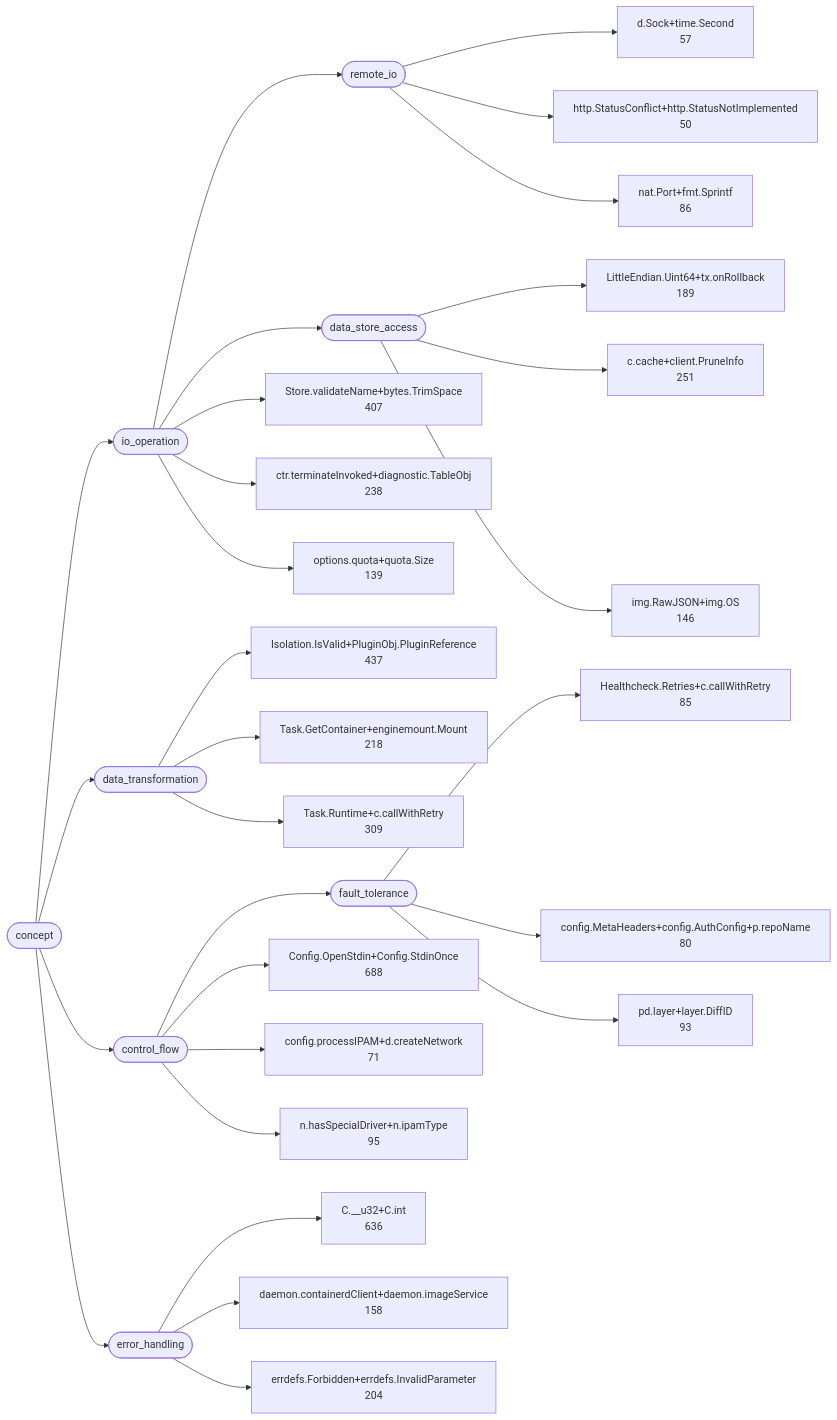
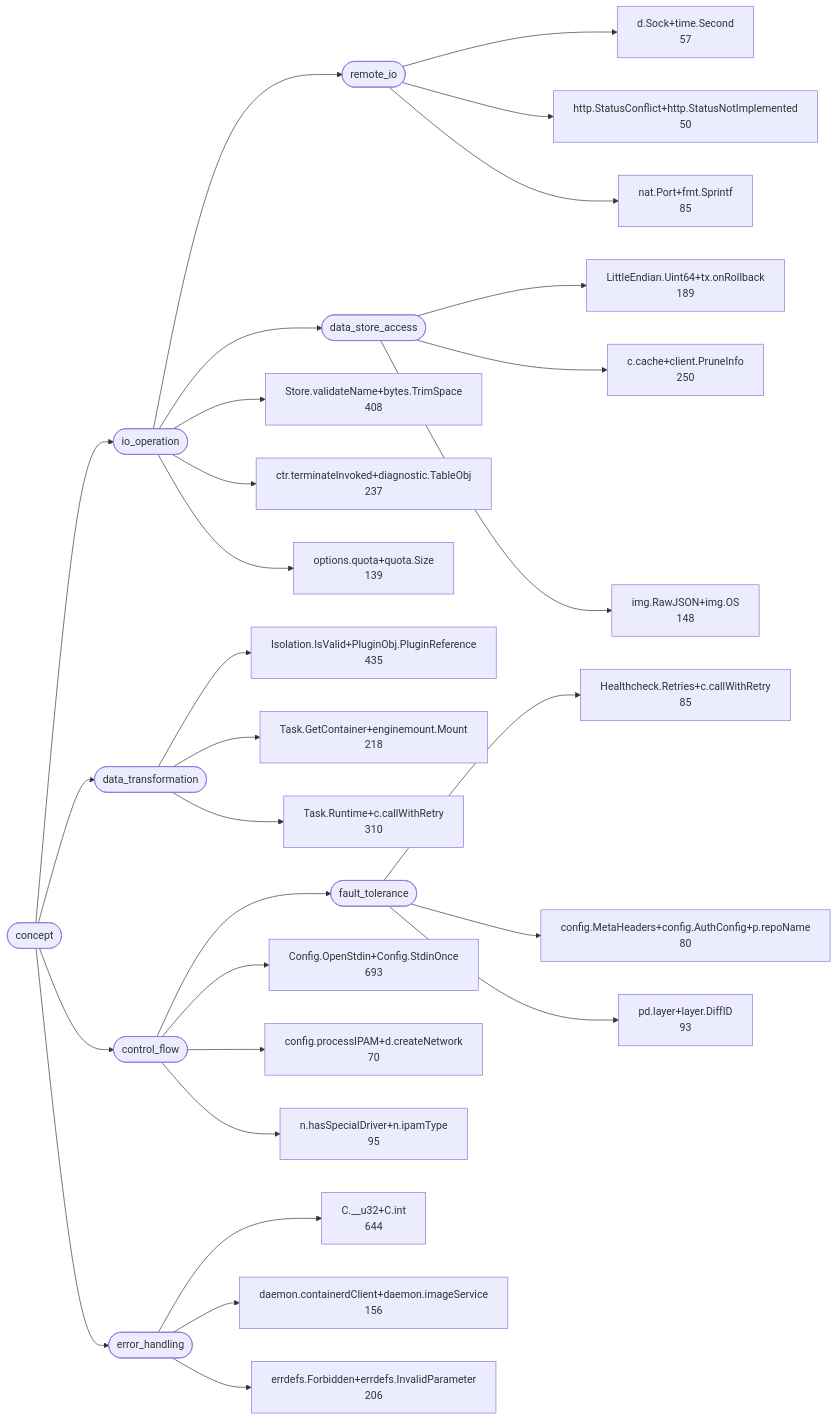
The second of 5 diagrams in examples/moby.md (LukasSelin/doppel), drawn with Mermaid before and after one commit. The commit also changed other lines of this file and 7 other files, not shown here.

````diff
--- a/examples/moby.md
+++ b/examples/moby.md
@@ -113,60 +113,60 @@
 ```mermaid
 flowchart LR
     c0(["concept"])
     c1(["io_operation"])
     c2(["remote_io"])
     c3(["data_store_access"])
     c4(["data_transformation"])
     c5(["control_flow"])
     c6(["fault_tolerance"])
     c7(["error_handling"])
-    c8["C.__u32+C.int<br/>636"]
-    c9["Config.OpenStdin+Config.StdinOnce<br/>688"]
+    c8["C.__u32+C.int<br/>644"]
+    c9["Config.OpenStdin+Config.StdinOnce<br/>693"]
     c10["Healthcheck.Retries+c.callWithRetry<br/>85"]
-    c11["Isolation.IsValid+PluginObj.PluginReference<br/>437"]
+    c11["Isolation.IsValid+PluginObj.PluginReference<br/>435"]
     c12["LittleEndian.Uint64+tx.onRollback<br/>189"]
-    c13["Store.validateName+bytes.TrimSpace<br/>407"]
+    c13["Store.validateName+bytes.TrimSpace<br/>408"]
     c14["Task.GetContainer+enginemount.Mount<br/>218"]
-    c15["Task.Runtime+c.callWithRetry<br/>309"]
-    c16["c.cache+client.PruneInfo<br/>251"]
+    c15["Task.Runtime+c.callWithRetry<br/>310"]
+    c16["c.cache+client.PruneInfo<br/>250"]
     c17["config.MetaHeaders+config.AuthConfig+p.repoName<br/>80"]
-    c18["config.processIPAM+d.createNetwork<br/>71"]
-    c19["ctr.terminateInvoked+diagnostic.TableObj<br/>238"]
+    c18["config.processIPAM+d.createNetwork<br/>70"]
+    c19["ctr.terminateInvoked+diagnostic.TableObj<br/>237"]
     c20["d.Sock+time.Second<br/>57"]
-    c21["daemon.containerdClient+daemon.imageService<br/>158"]
-    c22["errdefs.Forbidden+errdefs.InvalidParameter<br/>204"]
+    c21["daemon.containerdClient+daemon.imageService<br/>156"]
+    c22["errdefs.Forbidden+errdefs.InvalidParameter<br/>206"]
     c23["http.StatusConflict+http.StatusNotImplemented<br/>50"]
-    c24["img.RawJSON+img.OS<br/>146"]
+    c24["img.RawJSON+img.OS<br/>148"]
     c25["n.hasSpecialDriver+n.ipamType<br/>95"]
-    c26["nat.Port+fmt.Sprintf<br/>86"]
+    c26["nat.Port+fmt.Sprintf<br/>85"]
     c27["options.quota+quota.Size<br/>139"]
     c28["pd.layer+layer.DiffID<br/>93"]
     c0 --> c1
     c1 --> c2
     c1 --> c3
     c0 --> c4
     c0 --> c5
     c5 --> c6
     c0 --> c7
     c7 --> c8
     c5 --> c9
     c6 --> c10
     c4 --> c11
     c3 --> c12
     c1 --> c13
     c4 --> c14
     c4 --> c15
     c3 --> c16
     c6 --> c17
     c5 --> c18
     c1 --> c19
     c2 --> c20
     c7 --> c21
     c7 --> c22
     c2 --> c23
     c3 --> c24
     c5 --> c25
     c2 --> c26
     c1 --> c27
     c6 --> c28
 ```
````
